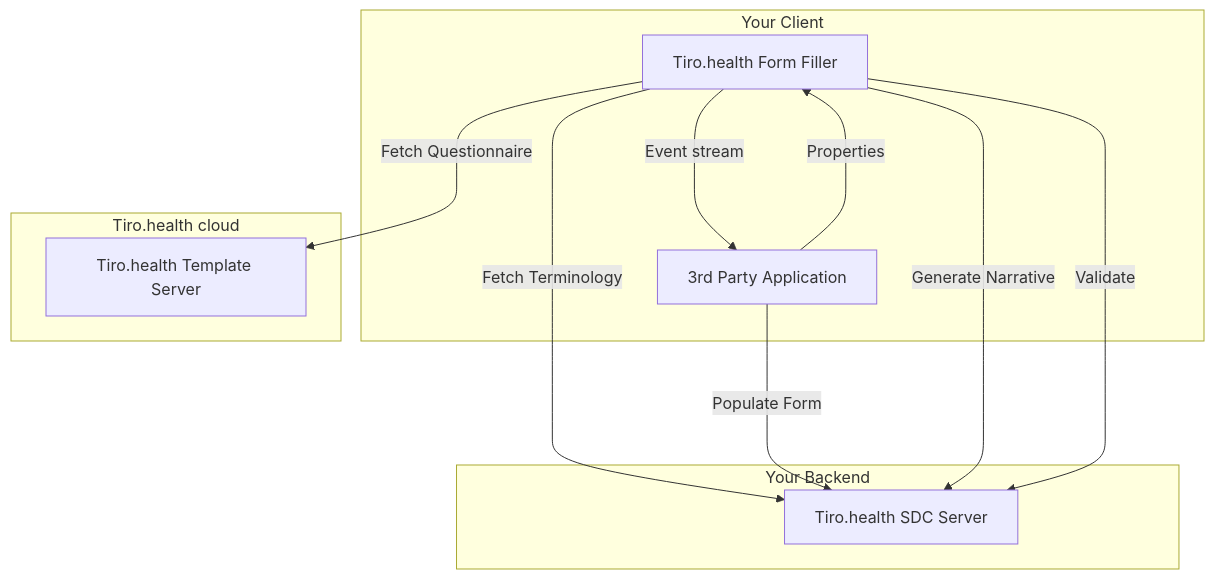
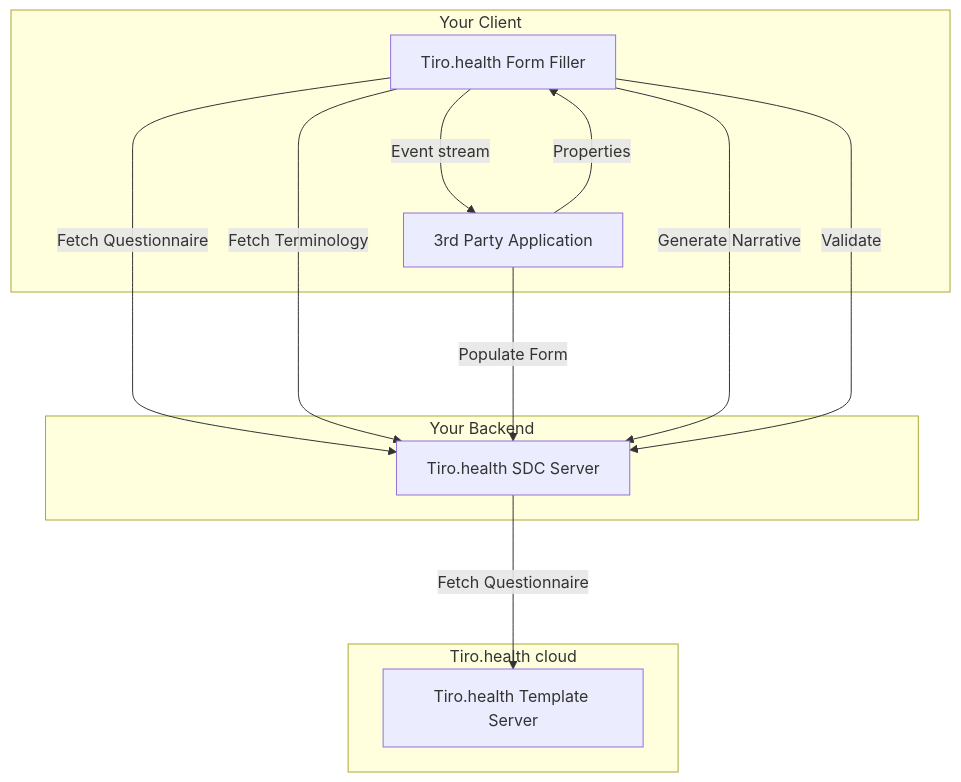
One commit to Tiro-health/atticus-docs changed the first of 2 diagrams in src/app/form-sdk/page.mdx. Above: the diagram before and after it, drawn with Mermaid. The commit also changed other lines of this file, not shown here.

Commit message:
Refactor fetch operations in page.mdx

````diff
--- a/src/app/form-sdk/page.mdx
+++ b/src/app/form-sdk/page.mdx
@@ -56,22 +56,23 @@
 ```mermaid
 flowchart TD
 
 	subgraph Your Client
 			FF[Tiro.health Form Filler]
 			HA[3rd Party Application]
 	end
 	subgraph Your Backend
 			SDC[Tiro.health SDC Server]
 	end
 	subgraph Tiro.health cloud
 			TS[Tiro.health Template Server]
 	end
-	FF --->|Fetch Questionnaire| TS
+	SDC --->|Fetch Questionnaire| TS
+	FF --->|Fetch Questionnaire| SDC
 	FF --->|Fetch Terminology| SDC
 	HA --->|Populate Form| SDC
 	FF --->|Generate Narrative| SDC
 	FF --->|Validate| SDC
 
 	FF --->|Event stream| HA
 	HA --->|Properties| FF
 ```
````
